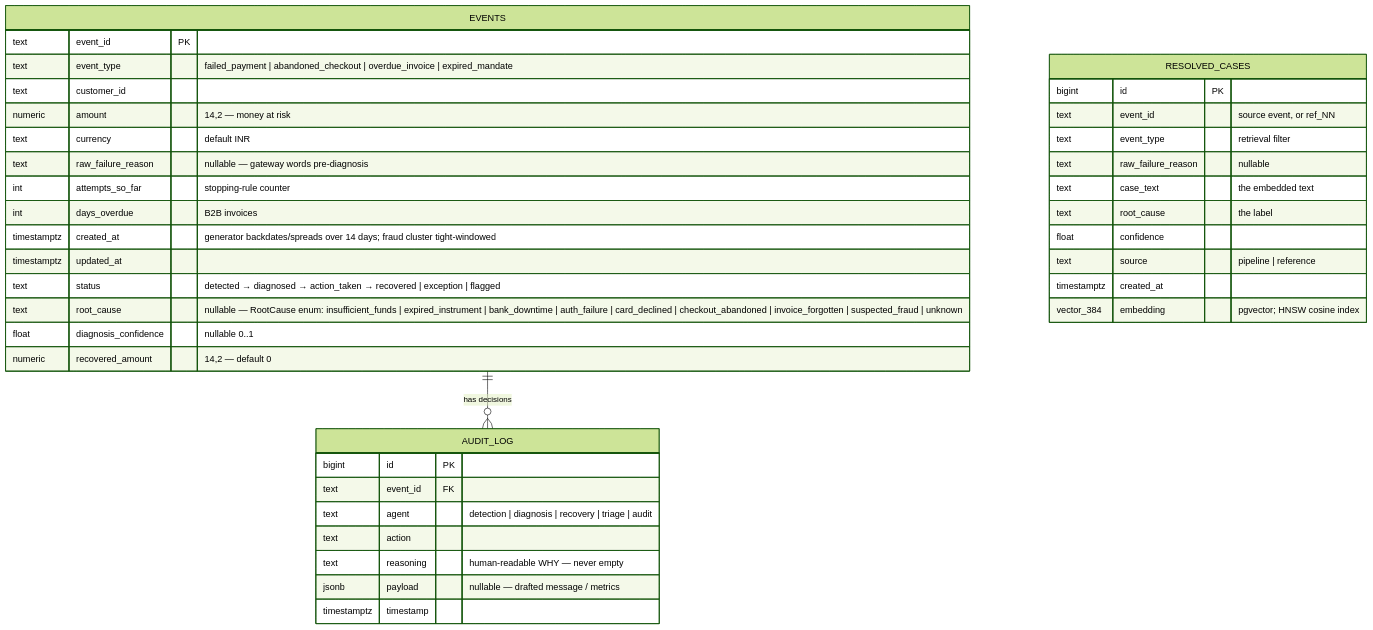
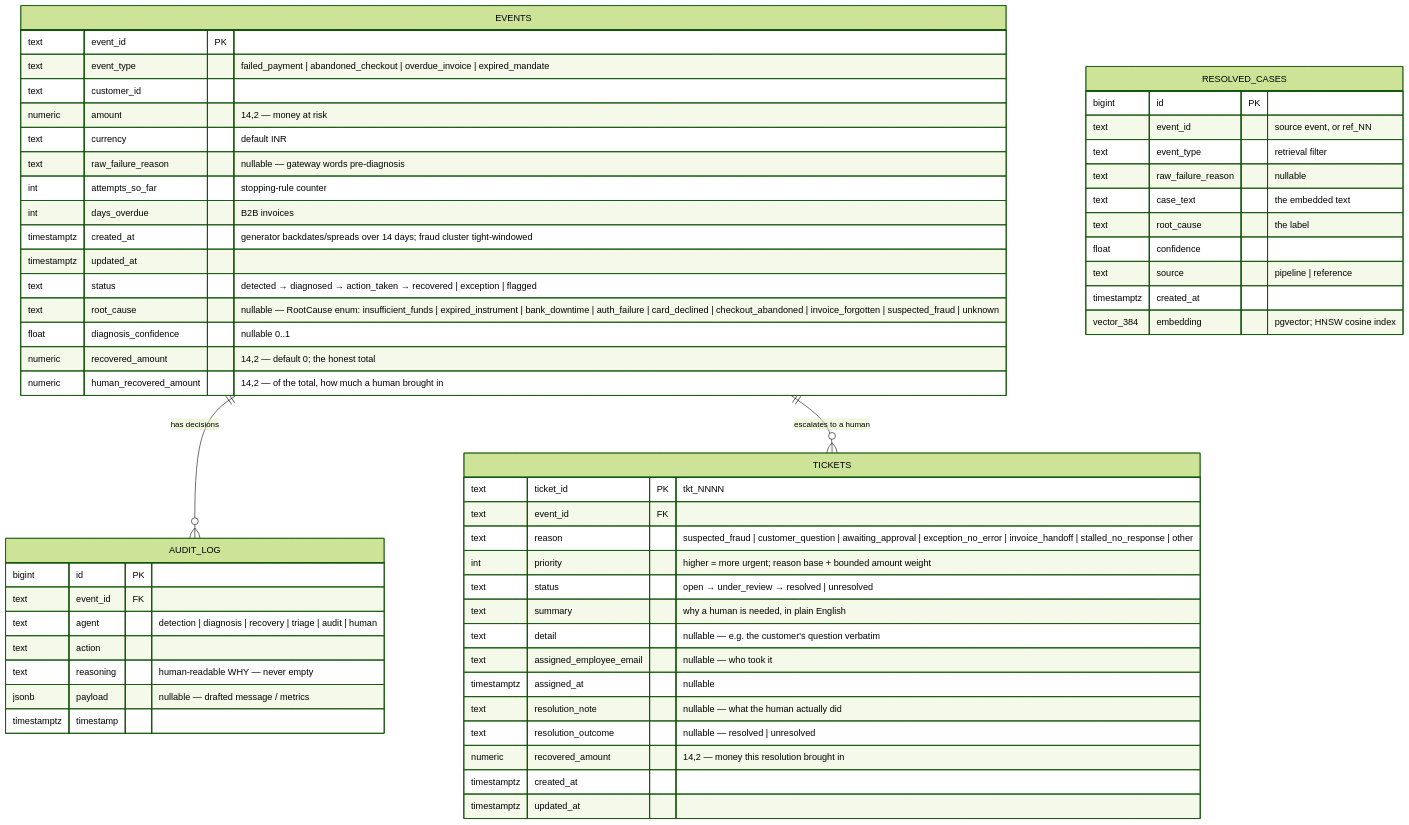
Before and after one commit to Skeletor-Pirate/AI-Revenue-Recovery: the third of 7 diagrams in architecture.md, drawn with Mermaid (forest theme). The commit also changed other lines of this file and 40 other files, not shown here.

````diff
--- a/architecture.md
+++ b/architecture.md
@@ -154,44 +185,63 @@
 ```mermaid
 erDiagram
     EVENTS ||--o{ AUDIT_LOG : "has decisions"
+    EVENTS ||--o{ TICKETS : "escalates to a human"
 
     EVENTS {
         text        event_id PK
         text        event_type "failed_payment | abandoned_checkout | overdue_invoice | expired_mandate"
         text        customer_id
         numeric     amount "14,2 — money at risk"
         text        currency "default INR"
         text        raw_failure_reason "nullable — gateway words pre-diagnosis"
         int         attempts_so_far "stopping-rule counter"
         int         days_overdue "B2B invoices"
         timestamptz created_at "generator backdates/spreads over 14 days; fraud cluster tight-windowed"
         timestamptz updated_at
         text        status "detected → diagnosed → action_taken → recovered | exception | flagged"
         text        root_cause "nullable — RootCause enum: insufficient_funds | expired_instrument | bank_downtime | auth_failure | card_declined | checkout_abandoned | invoice_forgotten | suspected_fraud | unknown"
         float       diagnosis_confidence "nullable 0..1"
-        numeric     recovered_amount "14,2 — default 0"
+        numeric     recovered_amount "14,2 — default 0; the honest total"
+        numeric     human_recovered_amount "14,2 — of the total, how much a human brought in"
     }
 
     AUDIT_LOG {
         bigint      id PK
         text        event_id FK
-        text        agent "detection | diagnosis | recovery | triage | audit"
+        text        agent "detection | diagnosis | recovery | triage | audit | human"
         text        action
         text        reasoning "human-readable WHY — never empty"
         jsonb       payload "nullable — drafted message / metrics"
         timestamptz timestamp
+    }
+
+    TICKETS {
+        text        ticket_id PK "tkt_NNNN"
+        text        event_id FK
+        text        reason "suspected_fraud | customer_question | awaiting_approval | exception_no_error | invoice_handoff | stalled_no_response | other"
+        int         priority "higher = more urgent; reason base + bounded amount weight"
+        text        status "open → under_review → resolved | unresolved"
+        text        summary "why a human is needed, in plain English"
+        text        detail "nullable — e.g. the customer's question verbatim"
+        text        assigned_employee_email "nullable — who took it"
+        timestamptz assigned_at "nullable"
+        text        resolution_note "nullable — what the human actually did"
+        text        resolution_outcome "nullable — resolved | unresolved"
+        numeric     recovered_amount "14,2 — money this resolution brought in"
+        timestamptz created_at
+        timestamptz updated_at
     }
 
     RESOLVED_CASES {
         bigint       id PK
         text         event_id "source event, or ref_NN"
         text         event_type "retrieval filter"
         text         raw_failure_reason "nullable"
         text         case_text "the embedded text"
         text         root_cause "the label"
         float        confidence
         text         source "pipeline | reference"
         timestamptz  created_at
         vector_384   embedding "pgvector; HNSW cosine index"
     }
 ```
````
